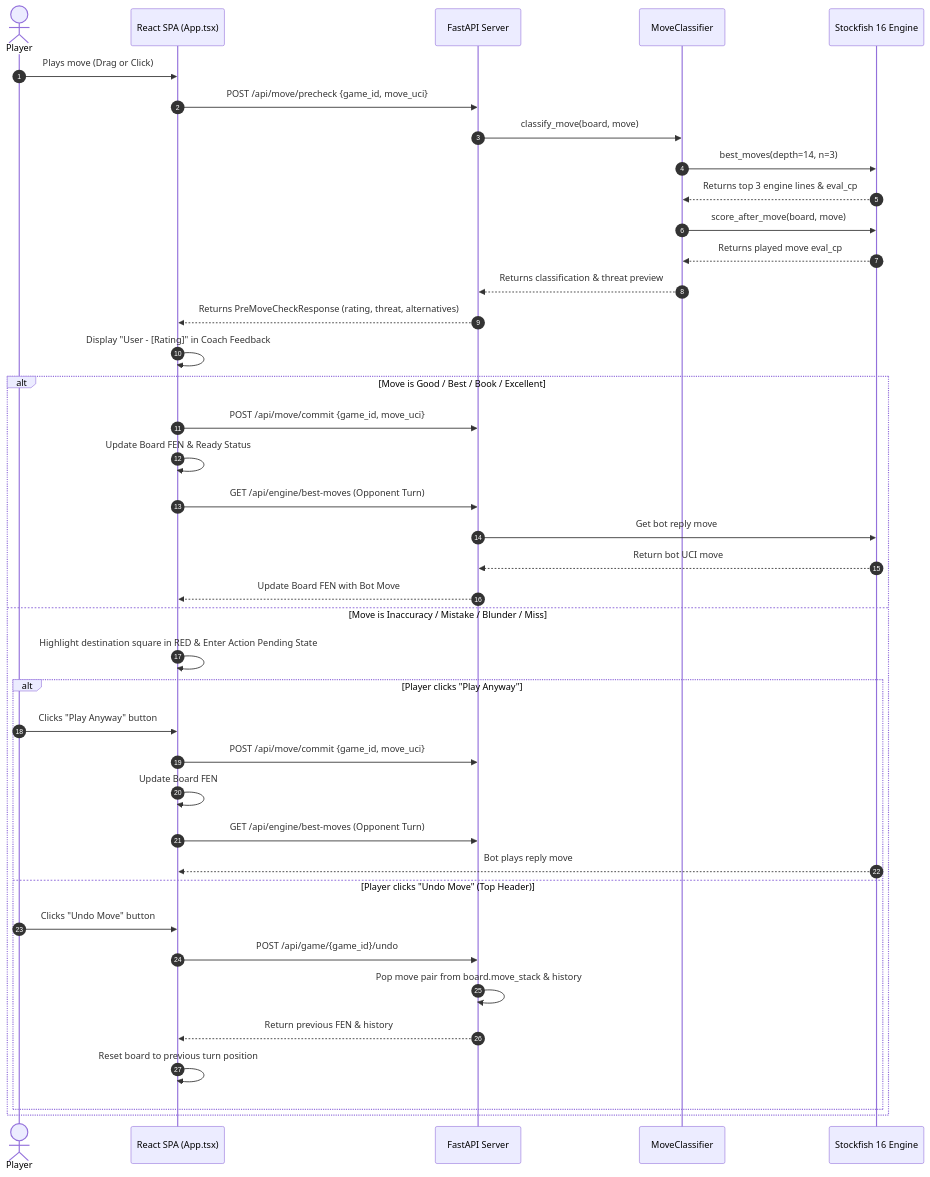
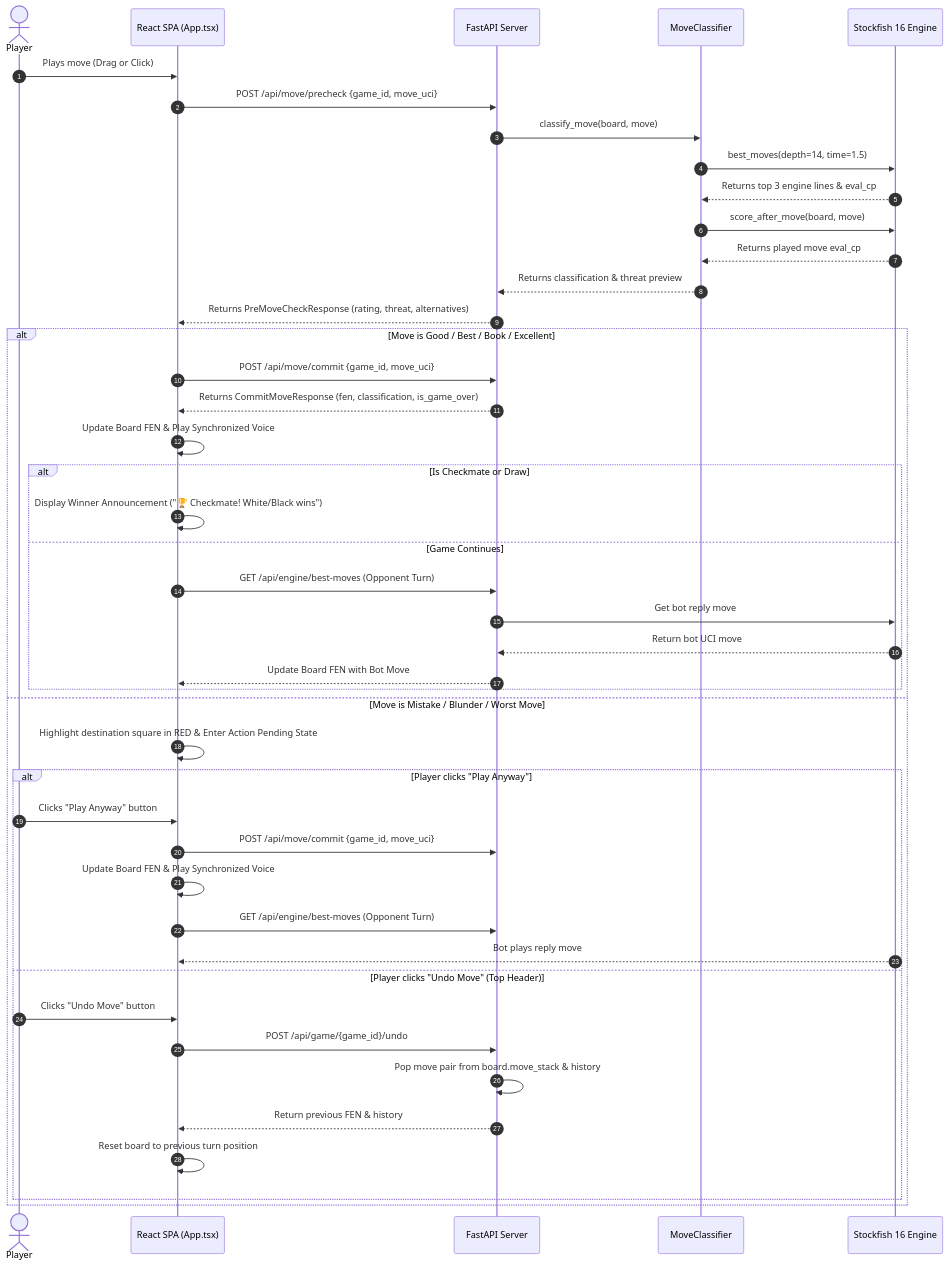
Before and after one commit to janhavi-28/chess-game: the fourth of 6 diagrams in ARCHITECTURE.md, drawn with Mermaid. The commit also changed other lines of this file and 1 other file, not shown here.

Commit message:
docs: update PRD.md and ARCHITECTURE.md with recent features, arrow rules, voice sync, and resiliency

````diff
--- a/ARCHITECTURE.md
+++ b/ARCHITECTURE.md
@@ -70,46 +70,50 @@
 ```mermaid
 sequenceDiagram
     autonumber
     actor Player
     participant Frontend as React SPA (App.tsx)
     participant Backend as FastAPI Server
     participant Classifier as MoveClassifier
     participant Stockfish as Stockfish 16 Engine
 
     Player->>Frontend: Plays move (Drag or Click)
     Frontend->>Backend: POST /api/move/precheck {game_id, move_uci}
     Backend->>Classifier: classify_move(board, move)
-    Classifier->>Stockfish: best_moves(depth=14, n=3)
+    Classifier->>Stockfish: best_moves(depth=14, time=1.5)
     Stockfish-->>Classifier: Returns top 3 engine lines & eval_cp
     Classifier->>Stockfish: score_after_move(board, move)
     Stockfish-->>Classifier: Returns played move eval_cp
     Classifier-->>Backend: Returns classification & threat preview
     Backend-->>Frontend: Returns PreMoveCheckResponse (rating, threat, alternatives)
     
-    Frontend->>Frontend: Display "User - [Rating]" in Coach Feedback
-    
     alt Move is Good / Best / Book / Excellent
         Frontend->>Backend: POST /api/move/commit {game_id, move_uci}
-        Frontend->>Frontend: Update Board FEN & Ready Status
-        Frontend->>Backend: GET /api/engine/best-moves (Opponent Turn)
-        Backend->>Stockfish: Get bot reply move
-        Stockfish-->>Backend: Return bot UCI move
-        Backend-->>Frontend: Update Board FEN with Bot Move
-    else Move is Inaccuracy / Mistake / Blunder / Miss
+        Backend-->>Frontend: Returns CommitMoveResponse (fen, classification, is_game_over)
+        Frontend->>Frontend: Update Board FEN & Play Synchronized Voice
+        
+        alt Is Checkmate or Draw
+            Frontend->>Frontend: Display Winner Announcement ("🏆 Checkmate! White/Black wins")
+        else Game Continues
+            Frontend->>Backend: GET /api/engine/best-moves (Opponent Turn)
+            Backend->>Stockfish: Get bot reply move
+            Stockfish-->>Backend: Return bot UCI move
+            Backend-->>Frontend: Update Board FEN with Bot Move
+        end
+    else Move is Mistake / Blunder / Worst Move
         Frontend->>Frontend: Highlight destination square in RED & Enter Action Pending State
         
         alt Player clicks "Play Anyway"
             Player->>Frontend: Clicks "Play Anyway" button
             Frontend->>Backend: POST /api/move/commit {game_id, move_uci}
-            Frontend->>Frontend: Update Board FEN
+            Frontend->>Frontend: Update Board FEN & Play Synchronized Voice
             Frontend->>Backend: GET /api/engine/best-moves (Opponent Turn)
             Stockfish-->>Frontend: Bot plays reply move
         else Player clicks "Undo Move" (Top Header)
             Player->>Frontend: Clicks "Undo Move" button
             Frontend->>Backend: POST /api/game/{game_id}/undo
             Backend->>Backend: Pop move pair from board.move_stack & history
             Backend-->>Frontend: Return previous FEN & history
             Frontend->>Frontend: Reset board to previous turn position
         end
     end
 ```
````
